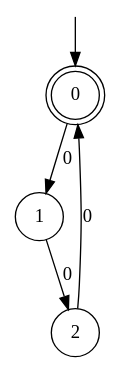
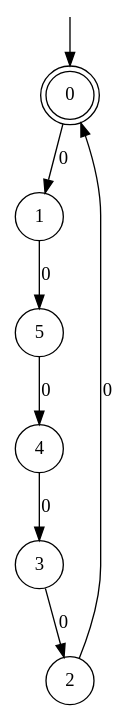
One commit to rasofema/learnlib changed the diagram in algorithms/incremental/ikv/classic.dot. Above: the diagram before and after it, drawn with Graphviz. The commit also changed 16 other files, not shown here.

```diff
--- a/algorithms/incremental/ikv/classic.dot
+++ b/algorithms/incremental/ikv/classic.dot
@@ -1,13 +1,19 @@
 digraph g {
 
 	s0 [shape="doublecircle" label="0"];
 	s1 [shape="circle" label="1"];
 	s2 [shape="circle" label="2"];
+	s3 [shape="circle" label="3"];
+	s4 [shape="circle" label="4"];
+	s5 [shape="circle" label="5"];
 	s0 -> s1 [label="0"];
-	s1 -> s2 [label="0"];
+	s1 -> s5 [label="0"];
 	s2 -> s0 [label="0"];
+	s3 -> s2 [label="0"];
+	s4 -> s3 [label="0"];
+	s5 -> s4 [label="0"];
 
 __start0 [label="" shape="none" width="0" height="0"];
 __start0 -> s0;
 
 }
```
